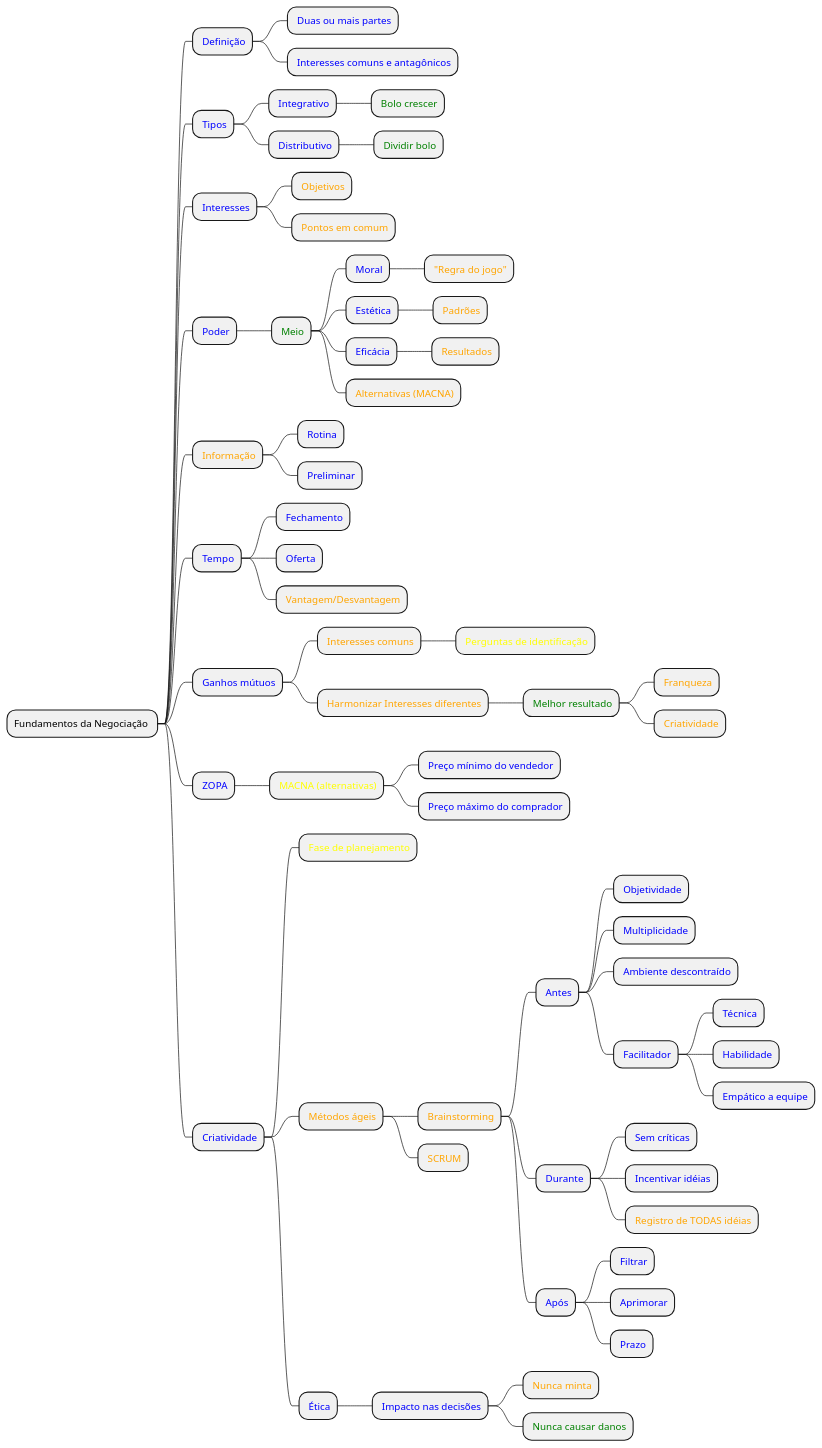
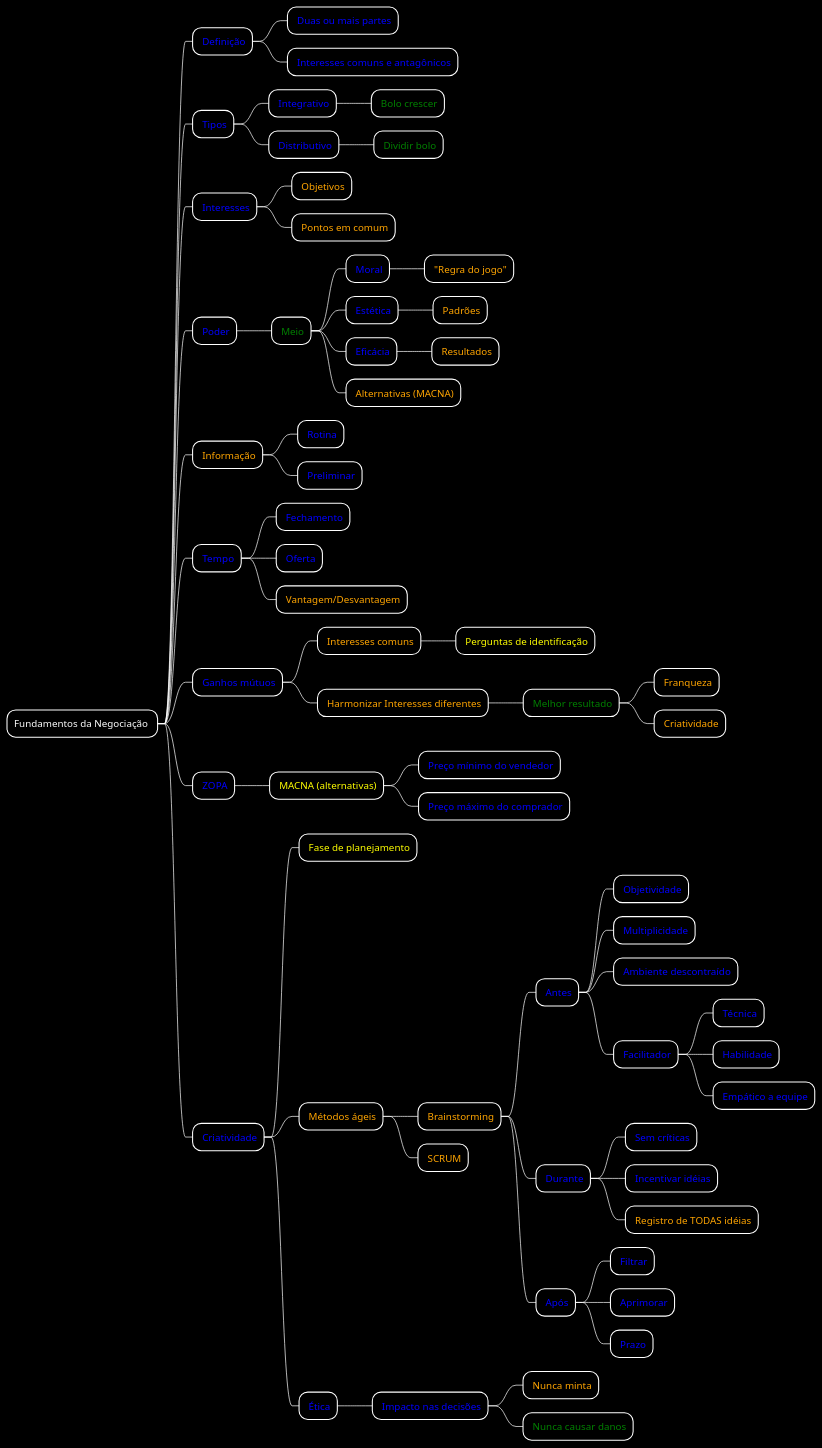
One commit to gustavo-detarso/mgs changed the diagram in 01-conflitos/fundamentos.puml. Above: the diagram before and after it, drawn with PlantUML. The commit also changed other lines of this file and 6 other files, not shown here.

```diff
--- a/01-conflitos/fundamentos.puml
+++ b/01-conflitos/fundamentos.puml
@@ -1,67 +2,74 @@
 @startmindmap
-skinparam defaultTextAlignment center
+<style>
+mindmapDiagram {
+  BackgroundColor black
+  arrowColor white
+  lineColor white
+  fontColor white
+}
+</style>
 * Fundamentos da Negociação 
 ** <color:blue> Definição
 *** <color:blue> Duas ou mais partes
 *** <color:blue> Interesses comuns e antagônicos
 ** <color:blue> Tipos
 *** <color:blue> Integrativo
 **** <color:green> Bolo crescer
 *** <color:blue> Distributivo
 **** <color:green> Dividir bolo
 ** <color:blue> Interesses
 *** <color:orange> Objetivos
 *** <color:orange> Pontos em comum
 ** <color:blue> Poder
 *** <color:green> Meio
 **** <color:blue> Moral
 ***** <color:orange> "Regra do jogo"
 **** <color:blue> Estética
 ***** <color:orange> Padrões
 **** <color:blue> Eficácia
 ***** <color:orange> Resultados
 **** <color:orange> Alternativas (MACNA)
 ** <color:orange> Informação
 *** <color:blue> Rotina
 *** <color:blue> Preliminar
 ** <color:blue> Tempo
 *** <color:blue> Fechamento
 *** <color:blue> Oferta
 *** <color:orange> Vantagem/Desvantagem
 ** <color:blue> Ganhos mútuos
 *** <color:orange> Interesses comuns
 **** <color:yellow> Perguntas de identificação
 *** <color:orange> Harmonizar Interesses diferentes
 **** <color:green> Melhor resultado
 ***** <color:orange> Franqueza
 ***** <color:orange> Criatividade
 ** <color:blue> ZOPA
 *** <color:yellow> MACNA (alternativas)
 **** <color:blue> Preço mínimo do vendedor
 **** <color:blue> Preço máximo do comprador
 ** <color:blue> Criatividade
 *** <color:yellow> Fase de planejamento
 *** <color:orange> Métodos ágeis
 **** <color:orange> Brainstorming
 ***** <color:blue> Antes
 ****** <color:blue> Objetividade
 ****** <color:blue> Multiplicidade
 ****** <color:blue> Ambiente descontraído
 ****** <color:blue> Facilitador
 ******* <color:blue> Técnica
 ******* <color:blue> Habilidade
 ******* <color:blue> Empático a equipe
 ***** <color:blue> Durante
 ****** <color:blue> Sem críticas
 ****** <color:blue> Incentivar idéias
 ****** <color:orange> Registro de TODAS idéias
 ***** <color:blue> Após
 ****** <color:blue> Filtrar
 ****** <color:blue> Aprimorar
 ****** <color:blue> Prazo
 **** <color:orange> SCRUM
 *** <color:blue> Ética
 **** <color:blue> Impacto nas decisões
 ***** <color:orange> Nunca minta
 ***** <color:green> Nunca causar danos
 @endmindmap
```
